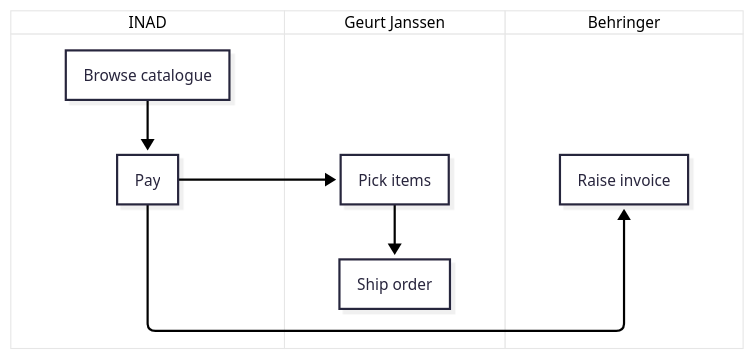
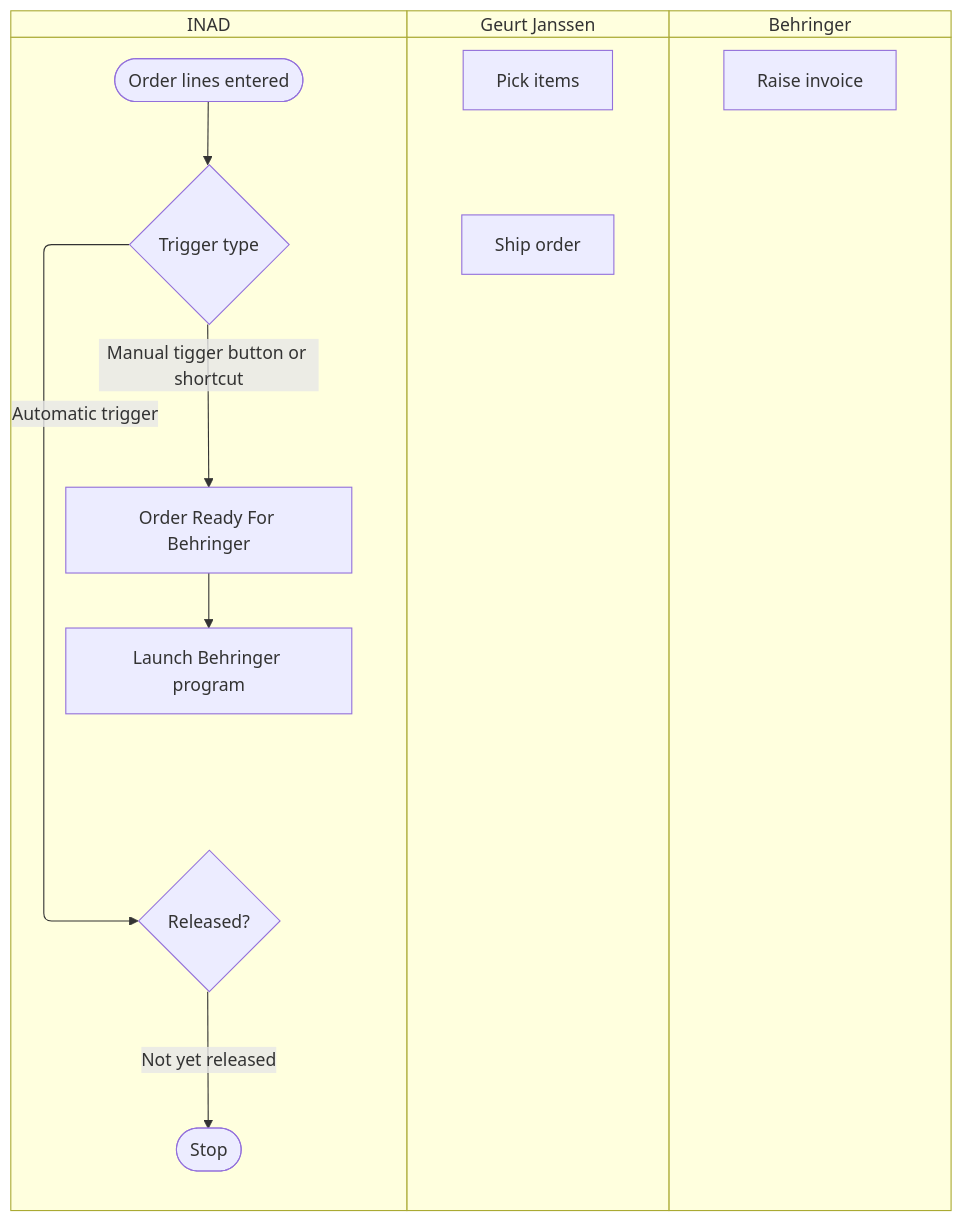
The diagram in README.md (tmloosbr/inadbehringer), drawn with Mermaid before and after one commit.

````diff
--- a/README.md
+++ b/README.md
@@ -3,25 +3,24 @@
 ```mermaid
----
-config:
-  theme: redux-color
-  look: neo
----
-
 swimlane-beta TB
   subgraph INAD
-    Browse[Browse catalogue]
-    Pay[Pay]
+    OrderLinesEntered([Order lines entered])
+    TriggerType{Trigger type}
+Released{Released?}
+OrderReadyForBehringer[Order Ready For Behringer]
+LaunchBehringerProgram[Launch Behringer program]
+Stop([Stop])
   end
   subgraph Geurt Janssen
     Pick[Pick items]
     Ship[Ship order]
   end
   subgraph Behringer
     Invoice[Raise invoice]
   end
-  Browse --> Pay
-  Pay --> Pick
-  Pick --> Ship
-  Pay --> Invoice
+OrderLinesEntered --> TriggerType
+TriggerType --> |Automatic trigger| Released
+TriggerType --> |Manual tigger button or shortcut| OrderReadyForBehringer
+Released --> |Not yet released| Stop 
+OrderReadyForBehringer --> LaunchBehringerProgram
 
 ```
````
